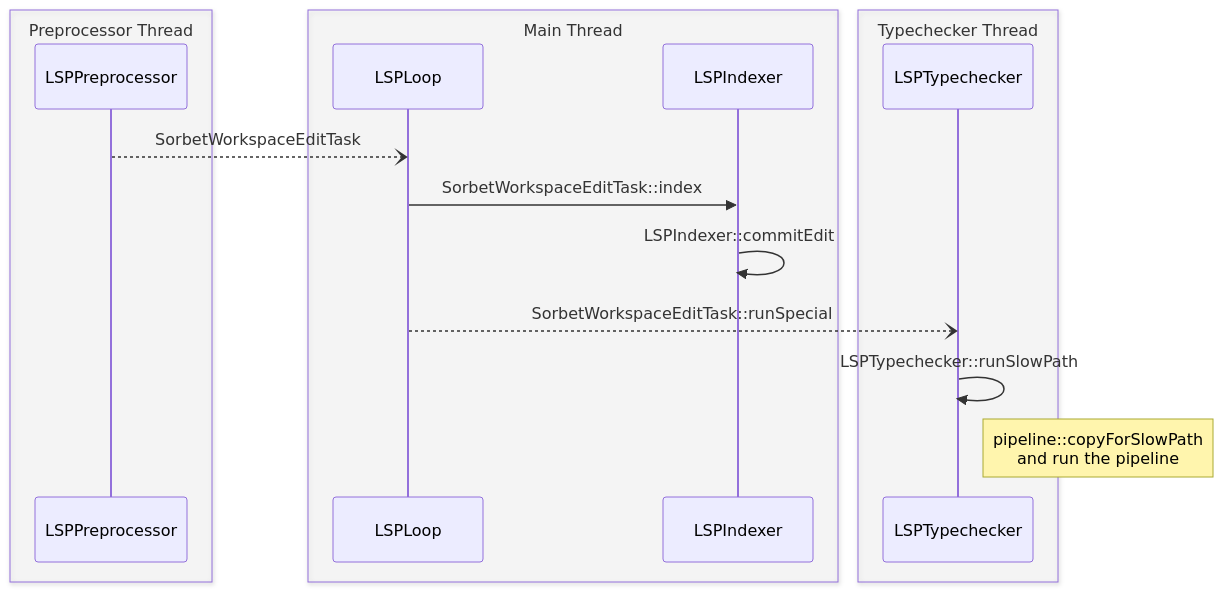
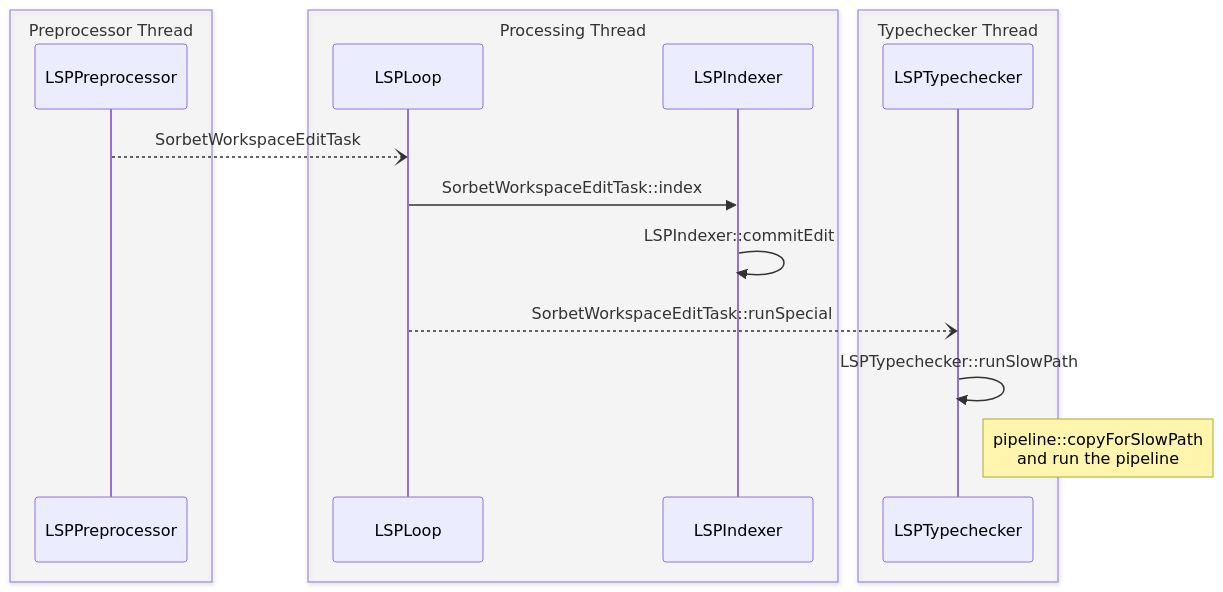
One commit to sorbet/sorbet changed the second of 2 diagrams in docs/lsp.md. Above: the diagram before and after it, drawn with Mermaid. The commit also changed other lines of this file and 6 other files, not shown here.

First line of the commit message:
Call the thread that runs runLSP the processing thread

````diff
--- a/docs/lsp.md
+++ b/docs/lsp.md
@@ -67,20 +86,20 @@
 ```mermaid
 sequenceDiagram
   box rgba(255,255,255,0.2) Preprocessor Thread
   participant LSPPreprocessor
   end
-  box rgba(255,255,255,0.2) Main Thread
+  box rgba(255,255,255,0.2) Processing Thread
   participant LSPLoop
   participant LSPIndexer
   end
   box rgba(255,255,255,0.2) Typechecker Thread
   participant LSPTypechecker
   end
 
   LSPPreprocessor --) LSPLoop: SorbetWorkspaceEditTask
   LSPLoop ->> LSPIndexer: SorbetWorkspaceEditTask::index
   LSPIndexer ->> LSPIndexer: LSPIndexer::commitEdit
   LSPLoop --) LSPTypechecker: SorbetWorkspaceEditTask::runSpecial
   LSPTypechecker ->> LSPTypechecker: LSPTypechecker::runSlowPath
   Note right of LSPTypechecker: pipeline::copyForSlowPath<br/>and run the pipeline
 ```
````
